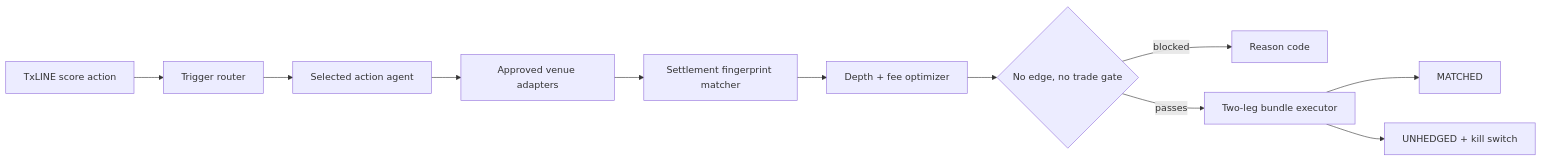
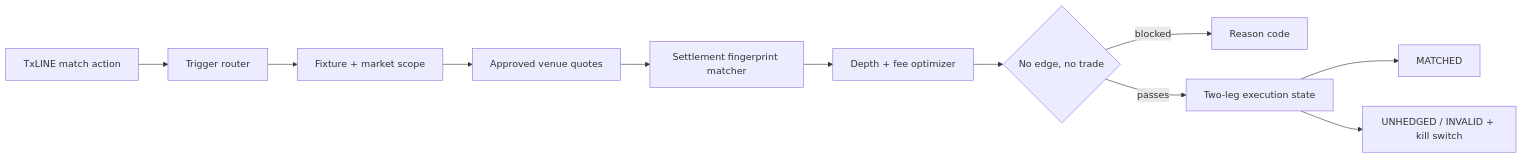
One commit to Marcussy34/txBet changed the diagram in README.md. Above: the diagram before and after it, drawn with Mermaid. The commit also changed other lines of this file, not shown here.

````diff
--- a/README.md
+++ b/README.md
@@ -108,13 +171,13 @@
 ```mermaid
 flowchart LR
-  T[TxLINE score action] --> R[Trigger router]
-  R --> A[Selected action agent]
-  A --> V[Approved venue adapters]
+  T[TxLINE match action] --> R[Trigger router]
+  R --> S[Fixture + market scope]
+  S --> V[Approved venue quotes]
   V --> F[Settlement fingerprint matcher]
   F --> D[Depth + fee optimizer]
-  D --> G{No edge, no trade gate}
+  D --> G{No edge, no trade}
   G -->|blocked| N[Reason code]
-  G -->|passes| E[Two-leg bundle executor]
+  G -->|passes| E[Two-leg execution state]
   E --> M[MATCHED]
-  E --> U[UNHEDGED + kill switch]
+  E --> U[UNHEDGED / INVALID + kill switch]
 ```
````
